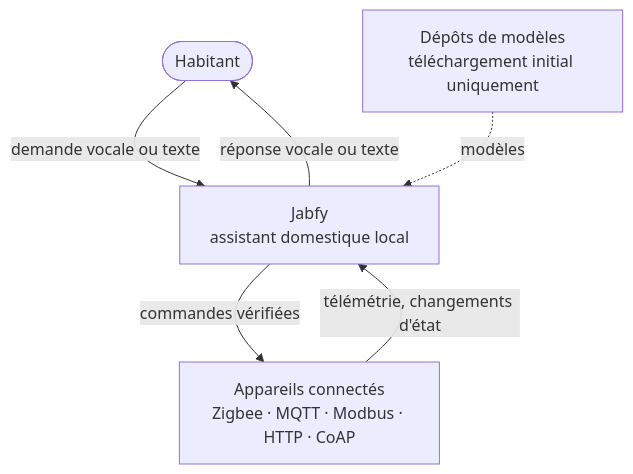
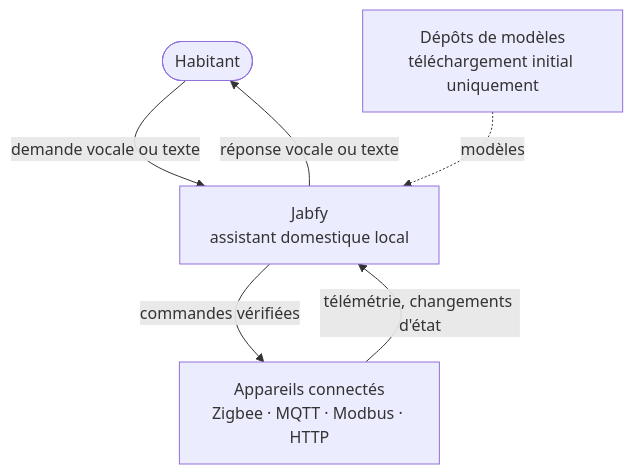
The first of 6 diagrams in documentation/architecture/vue-globale.md (jabfy-corp/jabfy-docs), drawn with Mermaid before and after one commit. The commit also changed other lines of this file and 45 other files, not shown here.

First line of the commit message:
docs: prepare the 29/10 review: research, architecture, first measurements

````diff
--- a/documentation/architecture/vue-globale.md
+++ b/documentation/architecture/vue-globale.md
@@ -7,13 +7,13 @@
 ```mermaid
 flowchart TB
   user([Habitant])
   jabfy[Jabfy<br/>assistant domestique local]
-  devices[Appareils connectés<br/>Zigbee · MQTT · Modbus · HTTP · CoAP]
+  devices[Appareils connectés<br/>Zigbee · MQTT · Modbus · HTTP]
   registry[Dépôts de modèles<br/>téléchargement initial uniquement]
 
   user -->|demande vocale ou texte| jabfy
   jabfy -->|réponse vocale ou texte| user
   jabfy -->|commandes vérifiées| devices
   devices -->|télémétrie, changements d'état| jabfy
   registry -.->|modèles| jabfy
 ```
````
